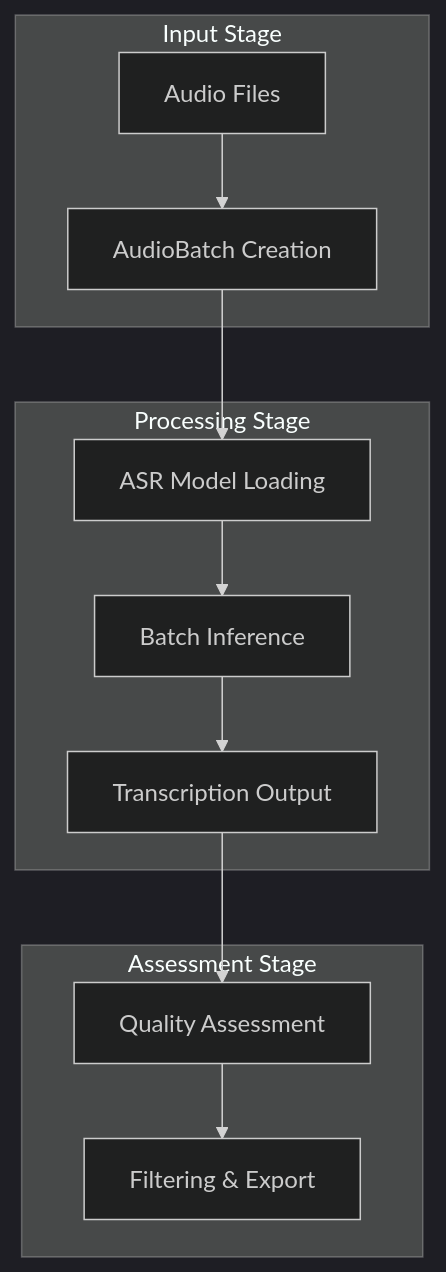
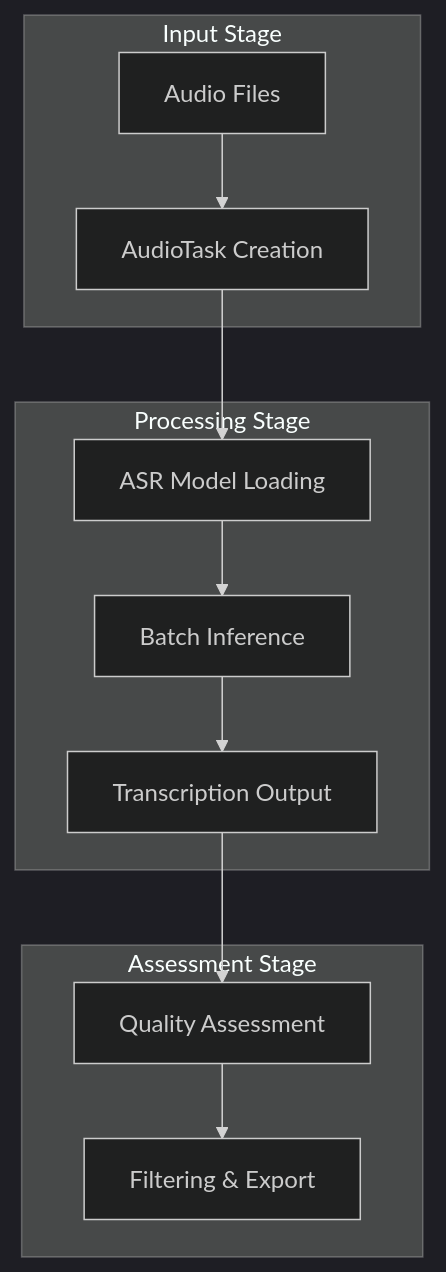
One commit to NVIDIA-NeMo/Curator changed the diagram in fern/versions/v26.04/pages/about/concepts/audio/asr-pipeline.mdx. Above: the diagram before and after it, drawn with Mermaid (dark theme). The commit also changed other lines of this file and 22 other files, not shown here.

First line of the commit message:
docs: rename AudioBatch to AudioTask across audio curation docs

````diff
--- a/fern/versions/v26.04/pages/about/concepts/audio/asr-pipeline.mdx
+++ b/fern/versions/v26.04/pages/about/concepts/audio/asr-pipeline.mdx
@@ -19,25 +19,25 @@
 ```mermaid
 graph TD
-    A[Audio Files] --> B[AudioBatch Creation]
+    A[Audio Files] --> B[AudioTask Creation]
     B --> C[ASR Model Loading]
     C --> D[Batch Inference]
     D --> E[Transcription Output]
     E --> F[Quality Assessment]
     F --> G[Filtering & Export]
 
     subgraph "Input Stage"
         A
         B
     end
 
     subgraph "Processing Stage"
         C
         D
         E
     end
 
     subgraph "Assessment Stage"
         F
         G
     end
 ```
````
